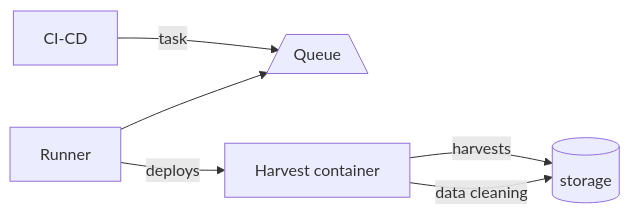
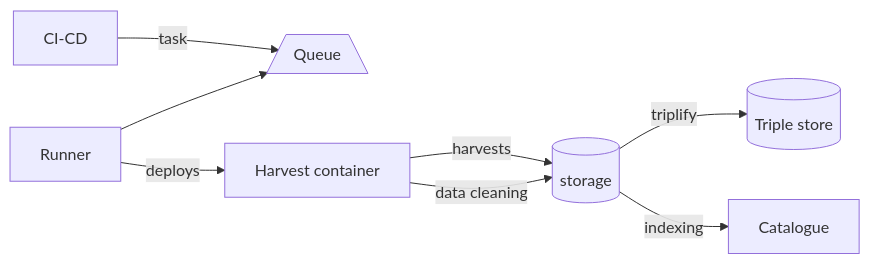
The diagram in README.md (soilwise-he/harvesters), drawn with Mermaid before and after one commit. The commit also changed other lines of this file and 8 other files, not shown here.

````diff
--- a/README.md
+++ b/README.md
@@ -10,8 +10,10 @@
 ``` mermaid
 flowchart LR
     c[CI-CD] -->|task| q[/Queue\]
     r[Runner] --> q
     r -->|deploys| hc[Harvest container]
     hc -->|harvests| db[(temporary storage)]
     hc -->|data cleaning| db[(storage)]
+    db -->|triplify| TS[(Triple store)]
+    db -->|indexing| CT[Catalogue] 
 ```
````
